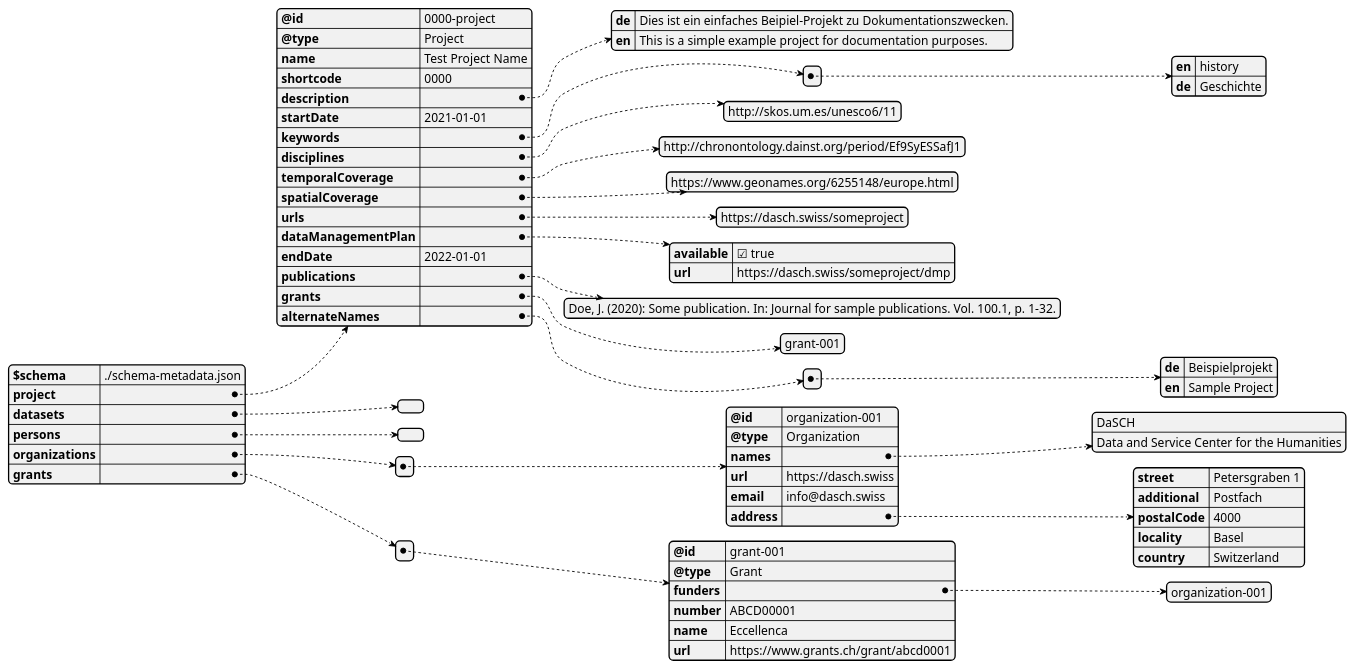
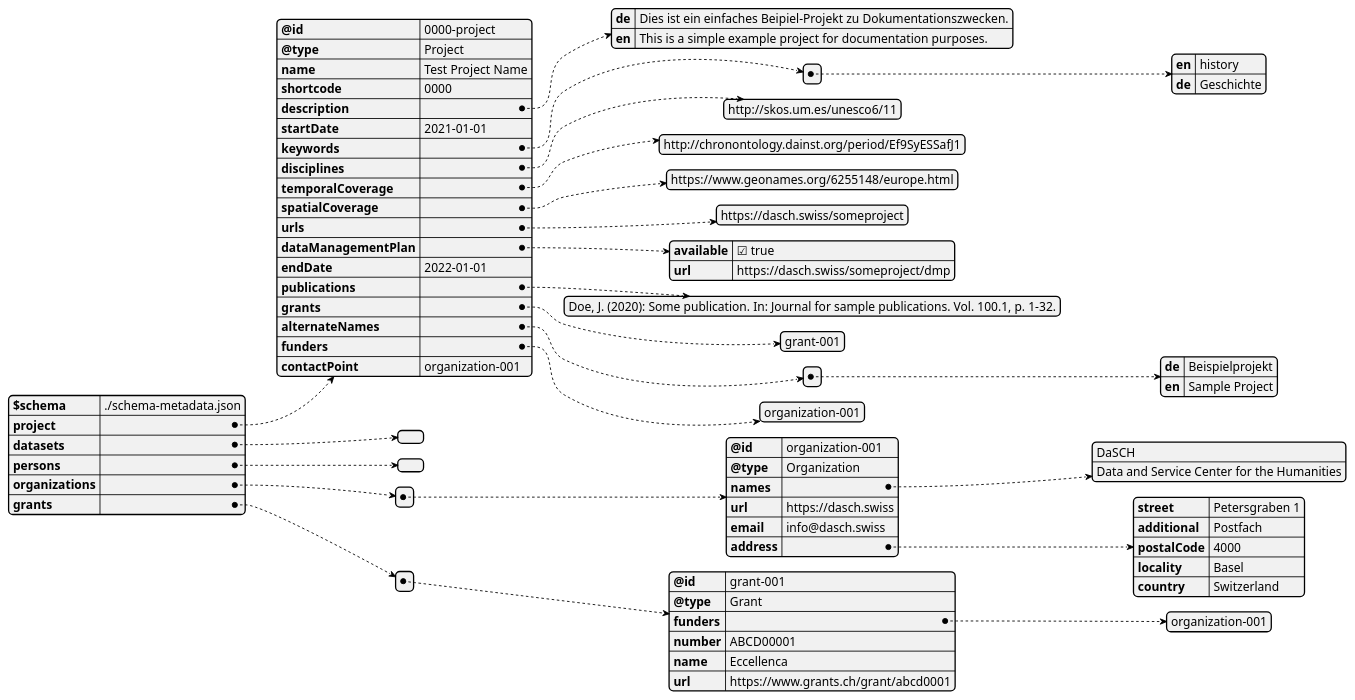
Before and after one commit to dasch-swiss/dasch-service-platform: the diagram in docs/services/metadata/api-example.puml, drawn with PlantUML. The commit also changed 5 other files, not shown here.

Commit message:
docs(metadata): add funder and contact point to project

```diff
--- a/docs/services/metadata/api-example.puml
+++ b/docs/services/metadata/api-example.puml
@@ -1,87 +1,91 @@
 @startjson API-Example
 
 {
   "$schema": "./schema-metadata.json",
   "project": {
     "@id": "0000-project",
     "@type": "Project",
     "name": "Test Project Name",
     "shortcode": "0000",
     "description": {
       "de": "Dies ist ein einfaches Beipiel-Projekt zu Dokumentationszwecken.",
       "en": "This is a simple example project for documentation purposes."
     },
     "startDate": "2021-01-01",
     "keywords": [
       {
         "en": "history",
         "de": "Geschichte"
       }
     ],
     "disciplines": [
       "http://skos.um.es/unesco6/11"
     ],
     "temporalCoverage": [
       "http://chronontology.dainst.org/period/Ef9SyESSafJ1"
     ],
     "spatialCoverage": [
       "https://www.geonames.org/6255148/europe.html"
     ],
     "urls": [
       "https://dasch.swiss/someproject"
     ],
     "dataManagementPlan": {
       "available": true,
       "url": "https://dasch.swiss/someproject/dmp"
     },
     "endDate": "2022-01-01",
     "publications": [
       "Doe, J. (2020): Some publication. In: Journal for sample publications. Vol. 100.1, p. 1-32."
     ],
     "grants": [
       "grant-001"
     ],
     "alternateNames": [
       {
         "de": "Beispielprojekt",
         "en": "Sample Project"
       }
-    ]
+    ],
+    "funders": [
+      "organization-001"
+    ],
+    "contactPoint": "organization-001"
   },
   "datasets": [],
   "persons": [],
   "organizations": [
     {
       "@id": "organization-001",
       "@type": "Organization",
       "names": [
         "DaSCH",
         "Data and Service Center for the Humanities"
       ],
       "url": "https://dasch.swiss",
       "email": "info@dasch.swiss",
       "address": {
         "street": "Petersgraben 1",
         "additional": "Postfach",
         "postalCode": "4000",
         "locality": "Basel",
         "country": "Switzerland"
       }
     }
   ],
   "grants": [
     {
       "@id": "grant-001",
       "@type": "Grant",
       "funders": [
         "organization-001"
       ],
       "number": "ABCD00001",
       "name": "Eccellenca",
       "url": "https://www.grants.ch/grant/abcd0001"
     }
   ]
 }
 
 
 @endjson
```
